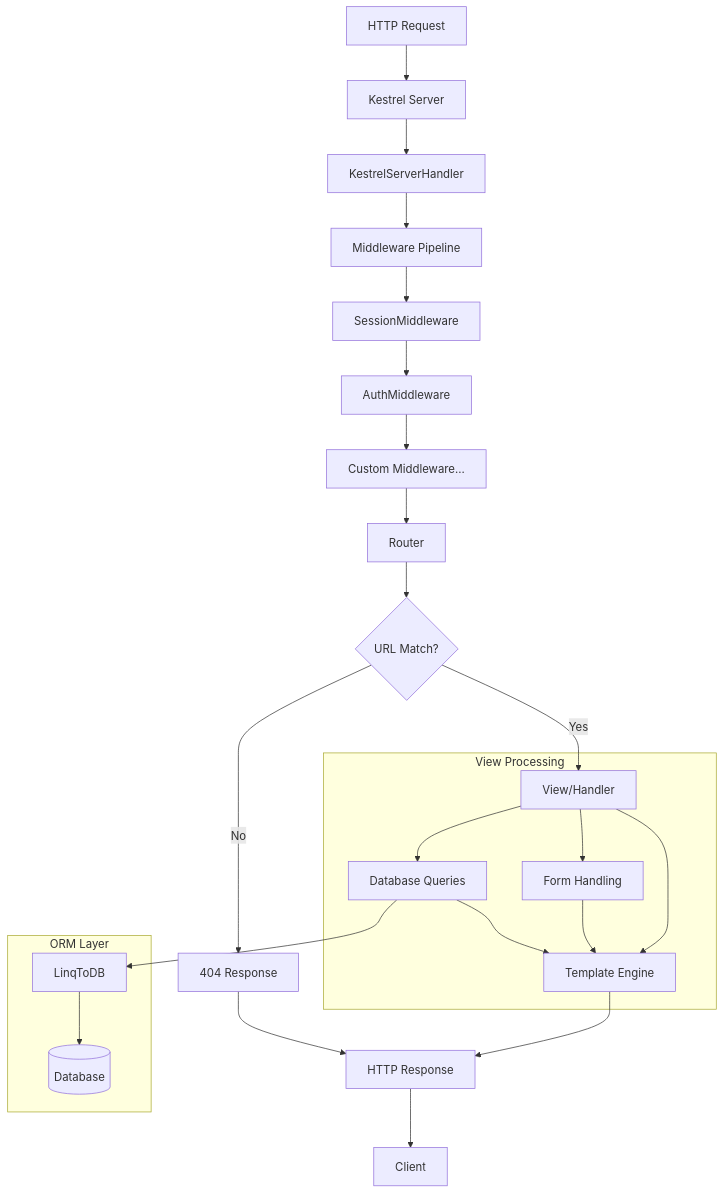
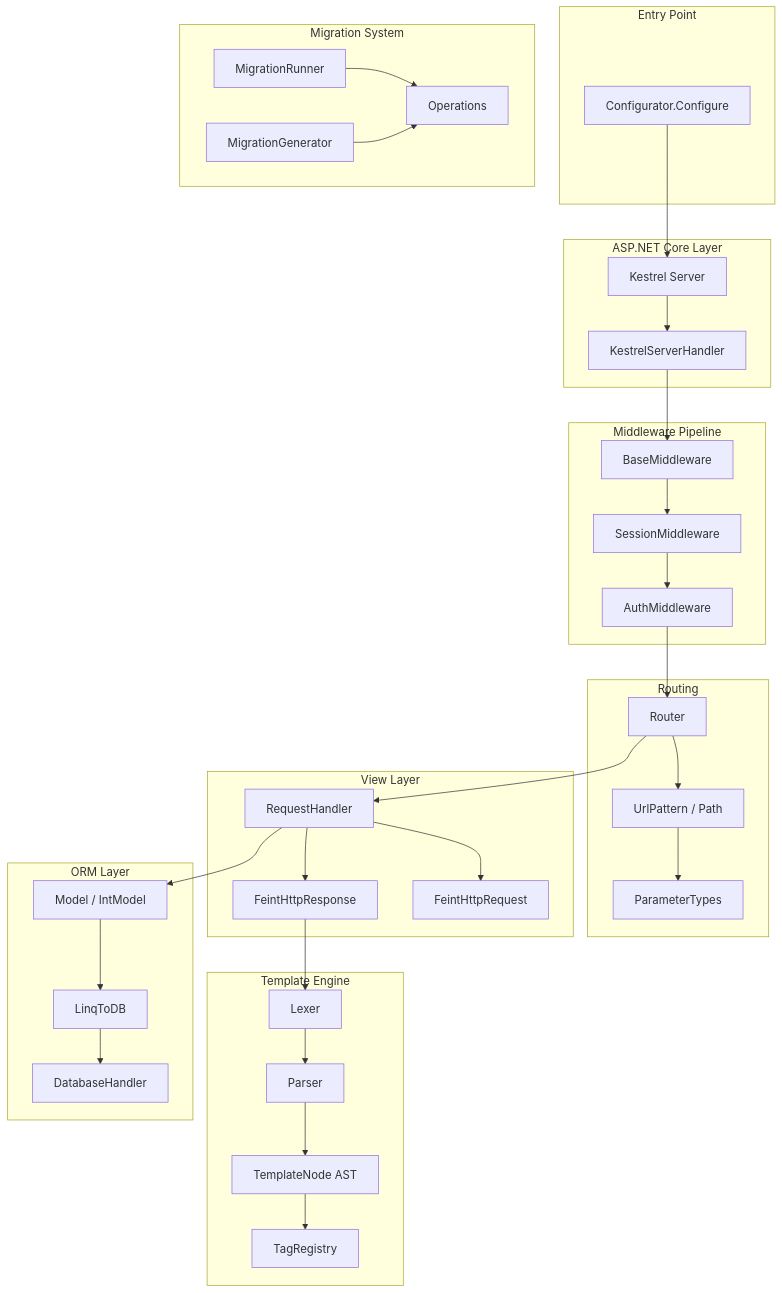
The diagram in README.md (johniak/FeintFramework), drawn with Mermaid before and after one commit. The commit also changed other lines of this file and 1 other file, not shown here.

````diff
--- a/README.md
+++ b/README.md
@@ -906,29 +54,63 @@
 ```mermaid
-graph TD
-    A[HTTP Request] --> B[Kestrel Server]
-    B --> C[KestrelServerHandler]
-    C --> D[Middleware Pipeline]
-    D --> E[SessionMiddleware]
-    E --> F[AuthMiddleware]
-    F --> G[Custom Middleware...]
-    G --> H[Router]
-    H --> I{URL Match?}
-    I -->|Yes| J[View/Handler]
-    I -->|No| K[404 Response]
-    J --> L[Template Engine]
-    L --> M[HTTP Response]
-    K --> M
-    M --> N[Client]
+graph TB
+    subgraph "Entry Point"
+        A[Configurator.Configure]
+    end
 
-    subgraph "View Processing"
-        J --> O[Form Handling]
-        J --> P[Database Queries]
-        O --> L
-        P --> L
+    subgraph "ASP.NET Core Layer"
+        B[Kestrel Server]
+        C[KestrelServerHandler]
+    end
+
+    subgraph "Middleware Pipeline"
+        D[BaseMiddleware]
+        E[SessionMiddleware]
+        F[AuthMiddleware]
+    end
+
+    subgraph "Routing"
+        G[Router]
+        H[UrlPattern / Path]
+        I[ParameterTypes]
+    end
+
+    subgraph "View Layer"
+        J[RequestHandler]
+        K[FeintHttpRequest]
+        L[FeintHttpResponse]
+    end
+
+    subgraph "Template Engine"
+        M[Lexer]
+        N[Parser]
+        O[TemplateNode AST]
+        P[TagRegistry]
     end
 
     subgraph "ORM Layer"
-        P --> Q[LinqToDB]
-        Q --> R[(Database)]
+        Q[Model / IntModel]
+        R[LinqToDB]
+        S[DatabaseHandler]
     end
+
+    subgraph "Migration System"
+        T[MigrationRunner]
+        U[MigrationGenerator]
+        V[Operations]
+    end
+
+    A --> B
+    B --> C
+    C --> D
+    D --> E --> F
+    F --> G
+    G --> H --> I
+    G --> J
+    J --> K
+    J --> L
+    L --> M --> N --> O
+    O --> P
+    J --> Q --> R --> S
+    T --> V
+    U --> V
 ```
````
